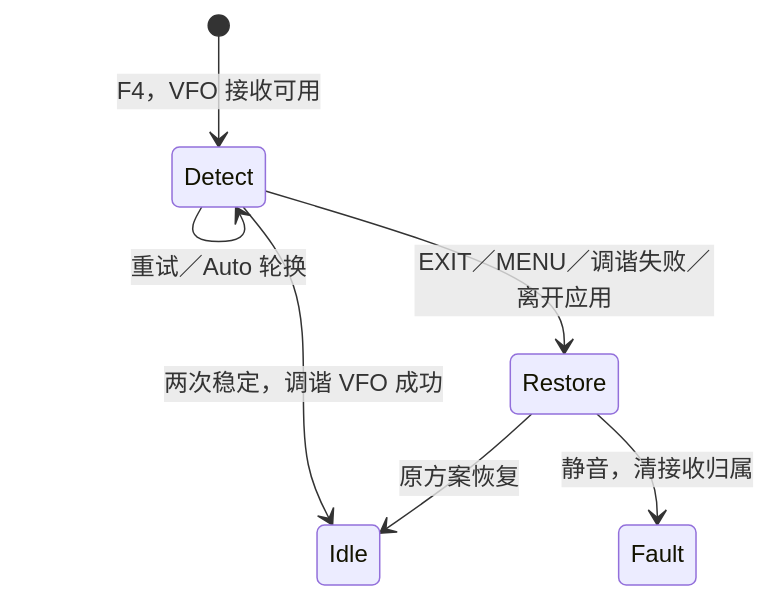
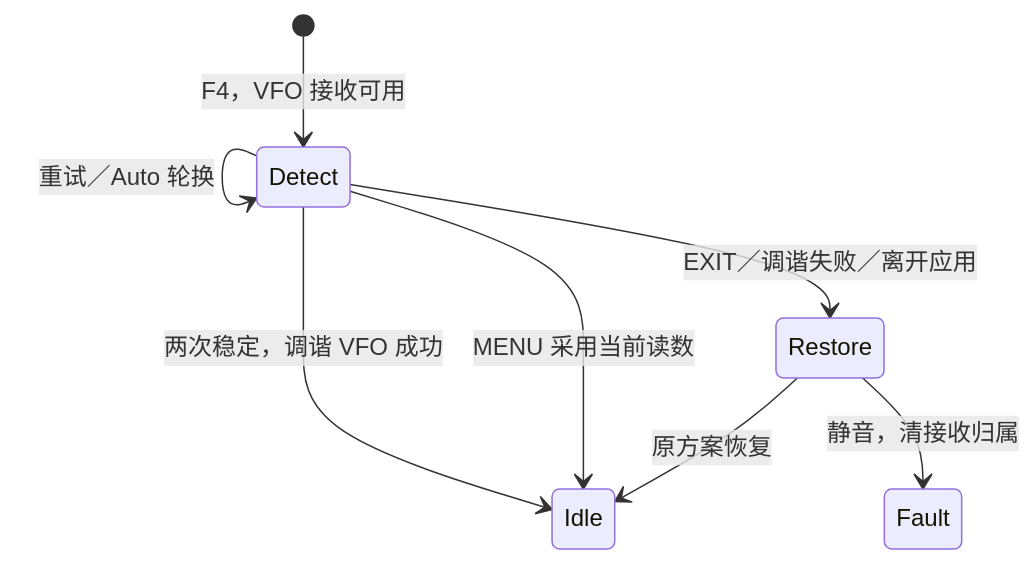
One commit to lsongdev/uvk6-reborn changed the diagram in docs/fc-design.md. Above: the diagram before and after it, drawn with Mermaid. The commit also changed other lines of this file and 3 other files, not shown here.

````diff
--- a/docs/fc-design.md
+++ b/docs/fc-design.md
@@ -51,9 +51,10 @@
 ```mermaid
 stateDiagram-v2
     [*] --> Detect: F4，VFO 接收可用
     Detect --> Detect: 重试／Auto 轮换
     Detect --> Idle: 两次稳定，调谐 VFO 成功
-    Detect --> Restore: EXIT／MENU／调谐失败／离开应用
+    Detect --> Idle: MENU 采用当前读数
+    Detect --> Restore: EXIT／调谐失败／离开应用
     Restore --> Idle: 原方案恢复
     Restore --> Fault: 静音，清接收归属
 ```
````
